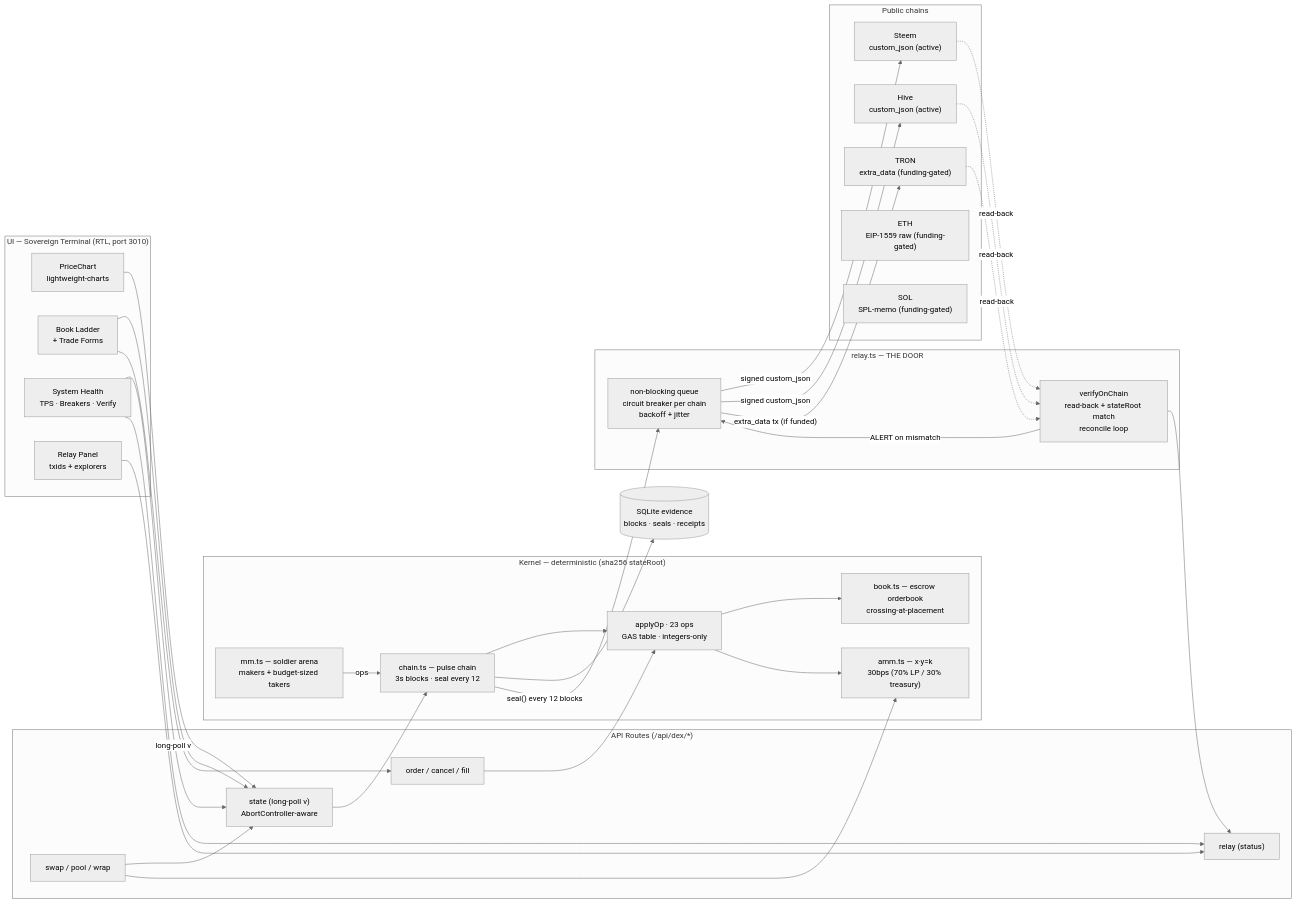
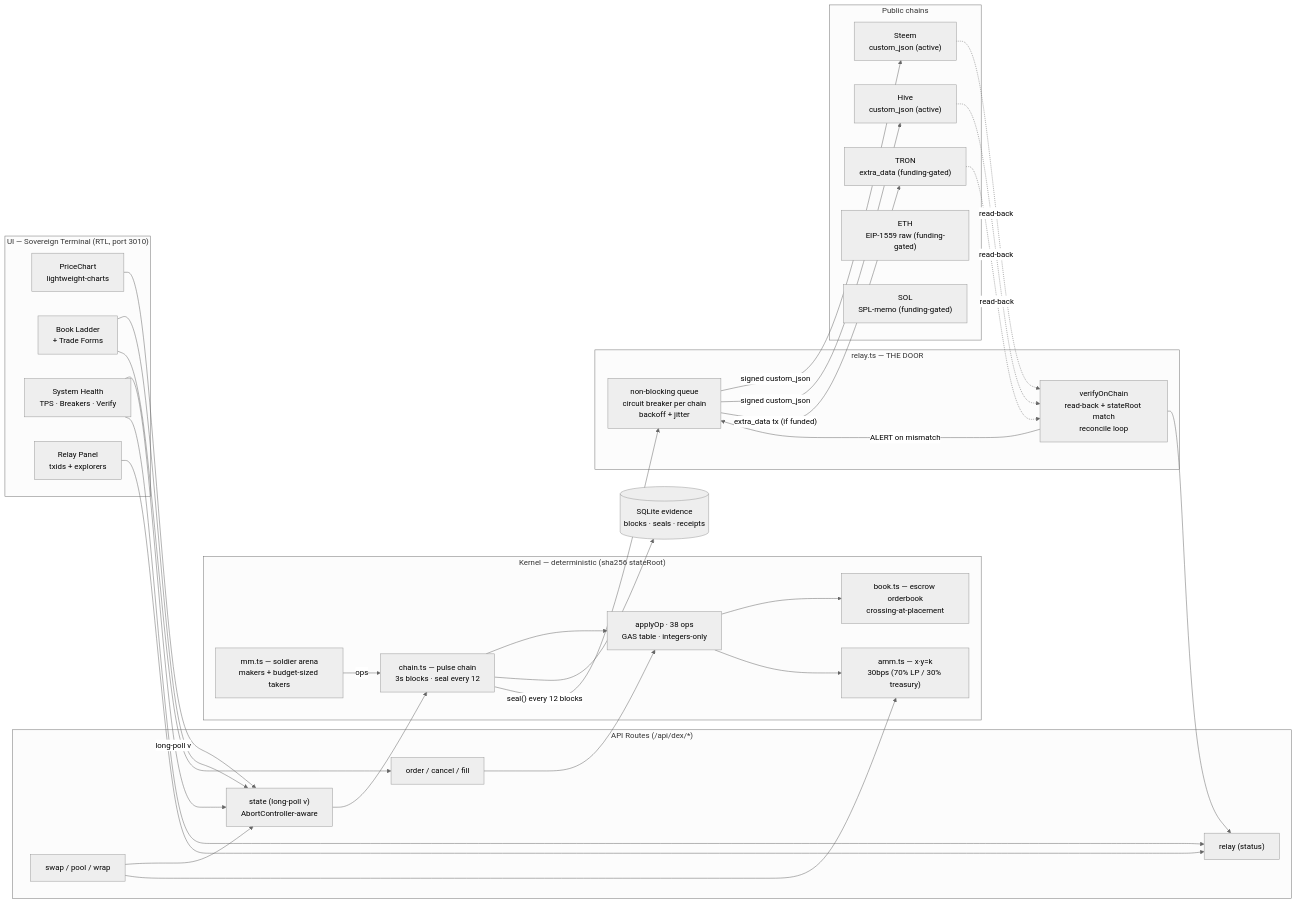
The diagram in README.md (roshpinacare-sys/saos-dex), drawn with Mermaid (neutral theme) before and after one commit. The commit also changed other lines of this file and 27 other files, not shown here.

````diff
--- a/README.md
+++ b/README.md
@@ -10,65 +10,65 @@
 ```mermaid
 flowchart LR
     subgraph UI["UI — Sovereign Terminal (RTL, port 3010)"]
         CH["PriceChart<br/>lightweight-charts"]
         BOOK["Book Ladder<br/>+ Trade Forms"]
         HEALTH["System Health<br/>TPS · Breakers · Verify"]
         RELAYUI["Relay Panel<br/>txids + explorers"]
     end
 
     subgraph API["API Routes (/api/dex/*)"]
         STATE["state (long-poll v)<br/>AbortController-aware"]
         ORDER["order / cancel / fill"]
         SWAP["swap / pool / wrap"]
         RELAYAPI["relay (status)"]
     end
 
     subgraph CORE["Kernel — deterministic (sha256 stateRoot)"]
-        K["applyOp · 23 ops<br/>GAS table · integers-only"]
+        K["applyOp · 38 ops<br/>GAS table · integers-only"]
         B["book.ts — escrow orderbook<br/>crossing-at-placement"]
         AMM["amm.ts — x·y=k<br/>30bps (70% LP / 30% treasury)"]
         MM["mm.ts — soldier arena<br/>makers + budget-sized takers"]
         CHAIN["chain.ts — pulse chain<br/>3s blocks · seal every 12"]
     end
 
     subgraph RELAY["relay.ts — THE DOOR"]
         Q["non-blocking queue<br/>circuit breaker per chain<br/>backoff + jitter"]
         V["verifyOnChain<br/>read-back + stateRoot match<br/>reconcile loop"]
     end
 
     subgraph PUBLIC["Public chains"]
         S["Steem<br/>custom_json (active)"]
         H["Hive<br/>custom_json (active)"]
         T["TRON<br/>extra_data (funding-gated)"]
         E["ETH<br/>EIP-1559 raw (funding-gated)"]
         SL["SOL<br/>SPL-memo (funding-gated)"]
     end
 
     DB[("SQLite evidence<br/>blocks · seals · receipts")]
 
     CH -->|"long-poll v"| STATE
     BOOK --> STATE
     BOOK --> ORDER
     HEALTH --> STATE
     HEALTH --> RELAYAPI
     RELAYUI --> RELAYAPI
     SWAP --> STATE
 
     STATE --> CHAIN
     ORDER --> K
     SWAP --> AMM
     K --> B
     K --> AMM
     MM -->|"ops"| CHAIN
     CHAIN --> K
     CHAIN --> DB
     CHAIN -->|"seal() every 12 blocks"| Q
     Q -->|"signed custom_json"| S
     Q -->|"signed custom_json"| H
     Q -->|"extra_data tx (if funded)"| T
     S -.->|"read-back"| V
     H -.->|"read-back"| V
     T -.->|"read-back"| V
     V -->|"ALERT on mismatch"| Q
     V --> RELAYAPI
 ```
````
